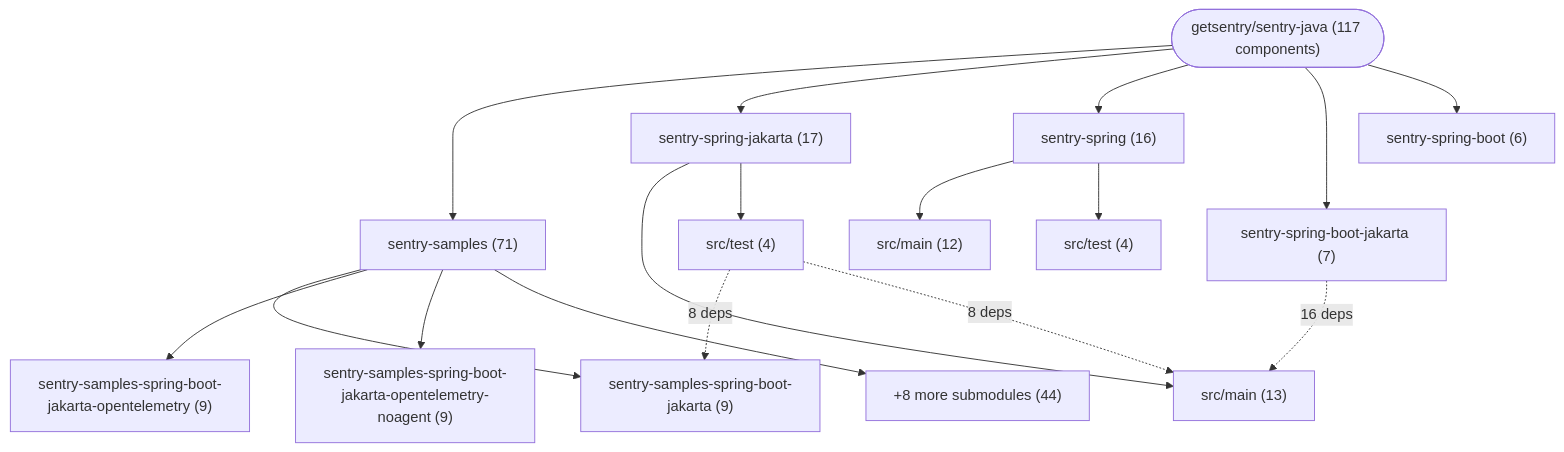
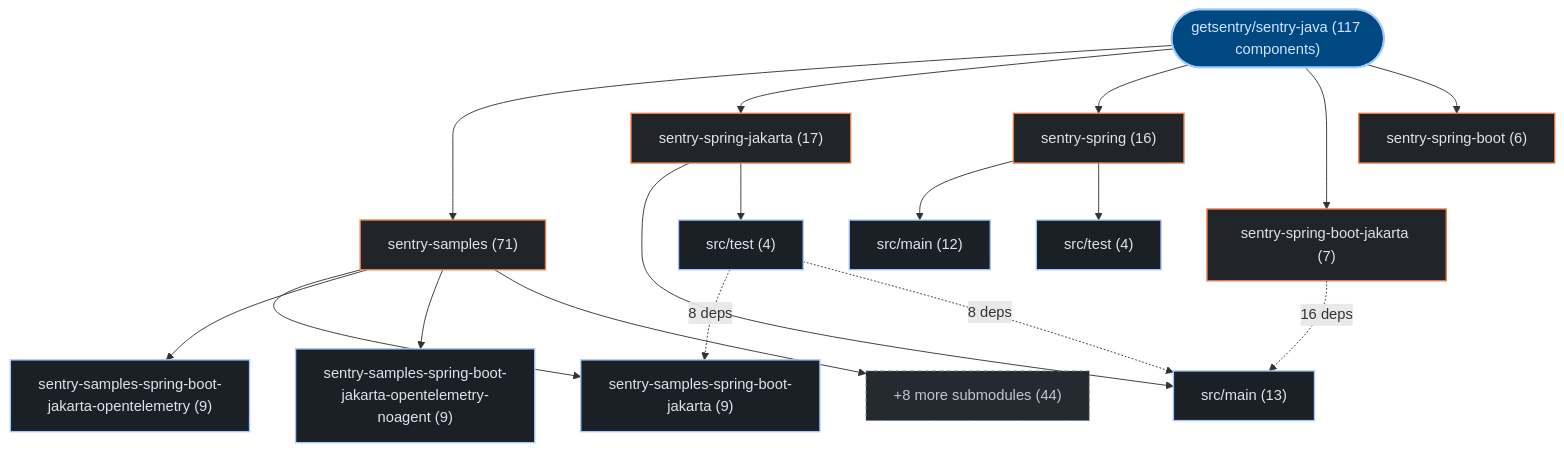
One commit to kumarshaz/atruss-code-atlas changed the first of 3 diagrams in exports/latest/reports/getsentry-sentry-java-report.md. Above: the diagram before and after it, drawn with Mermaid. The commit also changed other lines of this file and 331 other files, not shown here.

Commit message:
docs,ui,fix: update SDLC docs, reorder CI/CD DAG first, stylize Mermaid, and fix Arc42 pipeline topology

````diff
--- a/exports/latest/reports/getsentry-sentry-java-report.md
+++ b/exports/latest/reports/getsentry-sentry-java-report.md
@@ -42,33 +42,40 @@
 ```mermaid
 graph TD;
-    repo_root(["getsentry/sentry-java (117 components)"])
-    dir_0_sentry_samples["sentry-samples (71)"]
+  classDef atlasRoot fill:#004882,stroke:#a3c9ff,stroke-width:2px,color:#d3e4ff
+  classDef atlasCategory fill:#212428,stroke:#E87A48,stroke-width:1.5px,color:#dfe3eb
+  classDef atlasWorkflow fill:#1b2026,stroke:#a3c9ff,stroke-width:1.5px,color:#dfe3eb
+  classDef atlasJob fill:#171c22,stroke:#8d9199,stroke-width:1px,color:#dfe3eb
+  classDef atlasTarget fill:#005227,stroke:#8bd99b,stroke-width:1.5px,color:#a7f6b6
+  classDef atlasAlert fill:#93000a,stroke:#ffb4ab,stroke-width:1.5px,color:#ffdad6
+  classDef atlasMore fill:#252a31,stroke:#8d9199,stroke-dasharray:4 4,color:#c3c6cf
+    repo_root(["getsentry/sentry-java (117 components)"]):::atlasRoot
+    dir_0_sentry_samples["sentry-samples (71)"]:::atlasCategory
     repo_root --> dir_0_sentry_samples
-    sub_0_0_sentry_samples_spring_boot_jakarta["sentry-samples-spring-boot-jakarta (9)"]
+    sub_0_0_sentry_samples_spring_boot_jakarta["sentry-samples-spring-boot-jakarta (9)"]:::atlasWorkflow
     dir_0_sentry_samples --> sub_0_0_sentry_samples_spring_boot_jakarta
-    sub_0_1_sentry_samples_spring_boot_jakarta_opentelemetry["sentry-samples-spring-boot-jakarta-opentelemetry (9)"]
+    sub_0_1_sentry_samples_spring_boot_jakarta_opentelemetry["sentry-samples-spring-boot-jakarta-opentelemetry (9)"]:::atlasWorkflow
     dir_0_sentry_samples --> sub_0_1_sentry_samples_spring_boot_jakarta_opentelemetry
-    sub_0_2_sentry_samples_spring_boot_jakarta_opentelemetry_noagent["sentry-samples-spring-boot-jakarta-opentelemetry-noagent (9)"]
+    sub_0_2_sentry_samples_spring_boot_jakarta_opentelemetry_noagent["sentry-samples-spring-boot-jakarta-opentelemetry-noagent (9)"]:::atlasWorkflow
     dir_0_sentry_samples --> sub_0_2_sentry_samples_spring_boot_jakarta_opentelemetry_noagent
-    sub_0_more["+8 more submodules (44)"]
+    sub_0_more["+8 more submodules (44)"]:::atlasMore
     dir_0_sentry_samples --> sub_0_more
-    dir_1_sentry_spring_jakarta["sentry-spring-jakarta (17)"]
+    dir_1_sentry_spring_jakarta["sentry-spring-jakarta (17)"]:::atlasCategory
     repo_root --> dir_1_sentry_spring_jakarta
-    sub_1_0_src_main["src/main (13)"]
+    sub_1_0_src_main["src/main (13)"]:::atlasWorkflow
     dir_1_sentry_spring_jakarta --> sub_1_0_src_main
-    sub_1_1_src_test["src/test (4)"]
+    sub_1_1_src_test["src/test (4)"]:::atlasWorkflow
     dir_1_sentry_spring_jakarta --> sub_1_1_src_test
-    dir_2_sentry_spring["sentry-spring (16)"]
+    dir_2_sentry_spring["sentry-spring (16)"]:::atlasCategory
     repo_root --> dir_2_sentry_spring
-    sub_2_0_src_main["src/main (12)"]
+    sub_2_0_src_main["src/main (12)"]:::atlasWorkflow
     dir_2_sentry_spring --> sub_2_0_src_main
-    sub_2_1_src_test["src/test (4)"]
+    sub_2_1_src_test["src/test (4)"]:::atlasWorkflow
     dir_2_sentry_spring --> sub_2_1_src_test
-    dir_3_sentry_spring_boot_jakarta["sentry-spring-boot-jakarta (7)"]
+    dir_3_sentry_spring_boot_jakarta["sentry-spring-boot-jakarta (7)"]:::atlasCategory
     repo_root --> dir_3_sentry_spring_boot_jakarta
-    dir_4_sentry_spring_boot["sentry-spring-boot (6)"]
+    dir_4_sentry_spring_boot["sentry-spring-boot (6)"]:::atlasCategory
     repo_root --> dir_4_sentry_spring_boot
     dir_3_sentry_spring_boot_jakarta -.->|"16 deps"| sub_1_0_src_main
     sub_1_1_src_test -.->|"8 deps"| sub_0_0_sentry_samples_spring_boot_jakarta
     sub_1_1_src_test -.->|"8 deps"| sub_1_0_src_main
 ```
````
